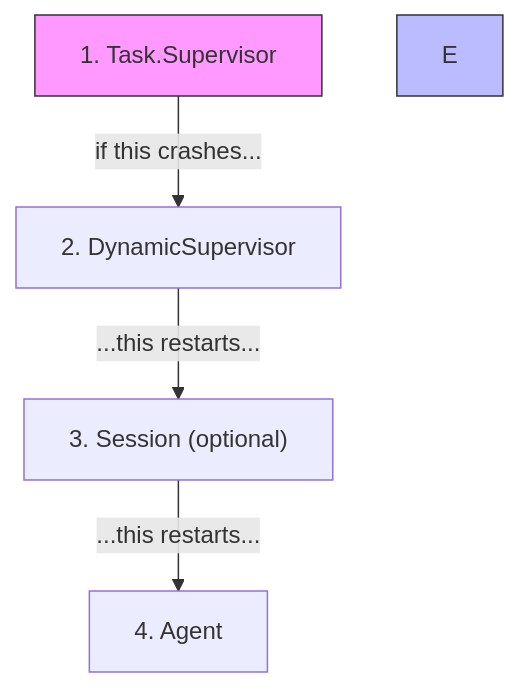
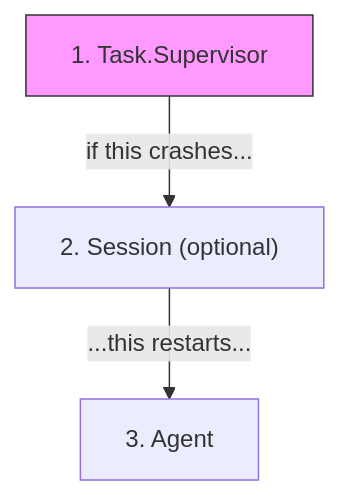
One commit to matteing/opal changed the seventh of 7 diagrams in docs/supervision.md. Above: the diagram before and after it, drawn with Mermaid. The commit also changed other lines of this file and 65 other files, not shown here.

````diff
--- a/docs/supervision.md
+++ b/docs/supervision.md
@@ -403,9 +280,7 @@
 ```mermaid
 flowchart TD
-    A["1. Task.Supervisor"] -->|"if this crashes..."| B["2. DynamicSupervisor"]
-    B -->|"...this restarts..."| C["3. Session (optional)"]
-    C -->|"...this restarts..."| D["4. Agent"]
+    A["1. Task.Supervisor"] -->|"if this crashes..."| C["2. Session (optional)"]
+    C -->|"...this restarts..."| D["3. Agent"]
 
     style A fill:#f9f,stroke:#333
-    style E fill:#bbf,stroke:#333
 ```
````
